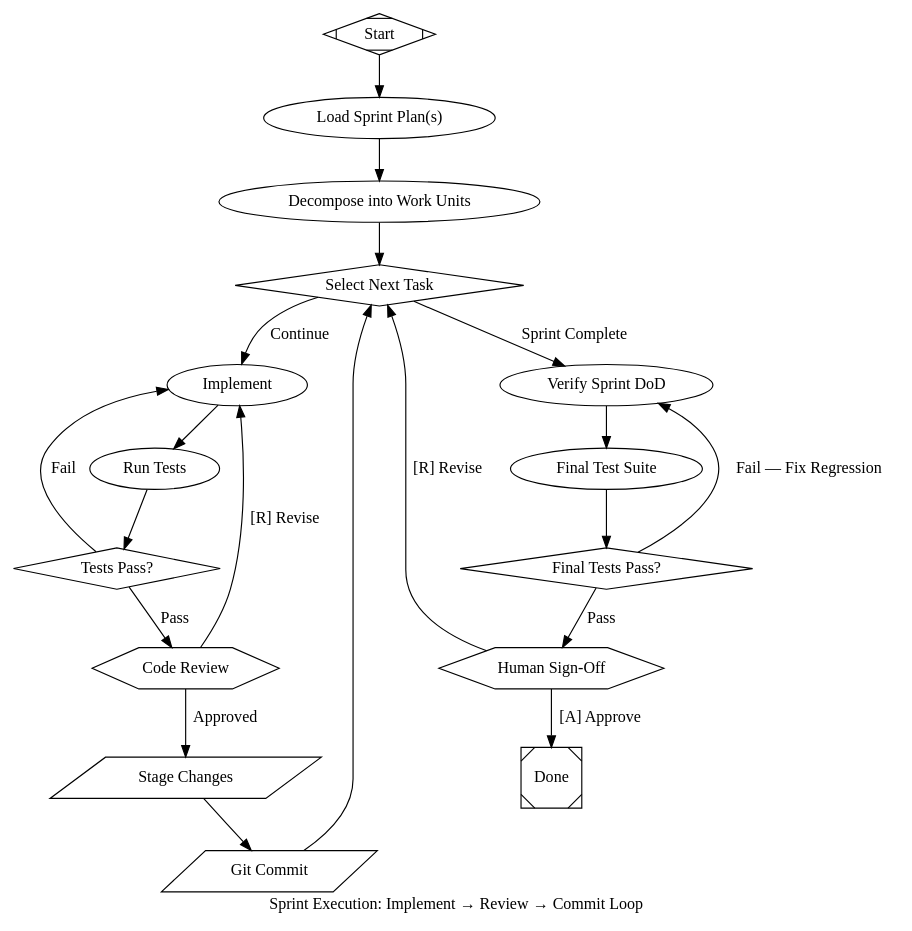
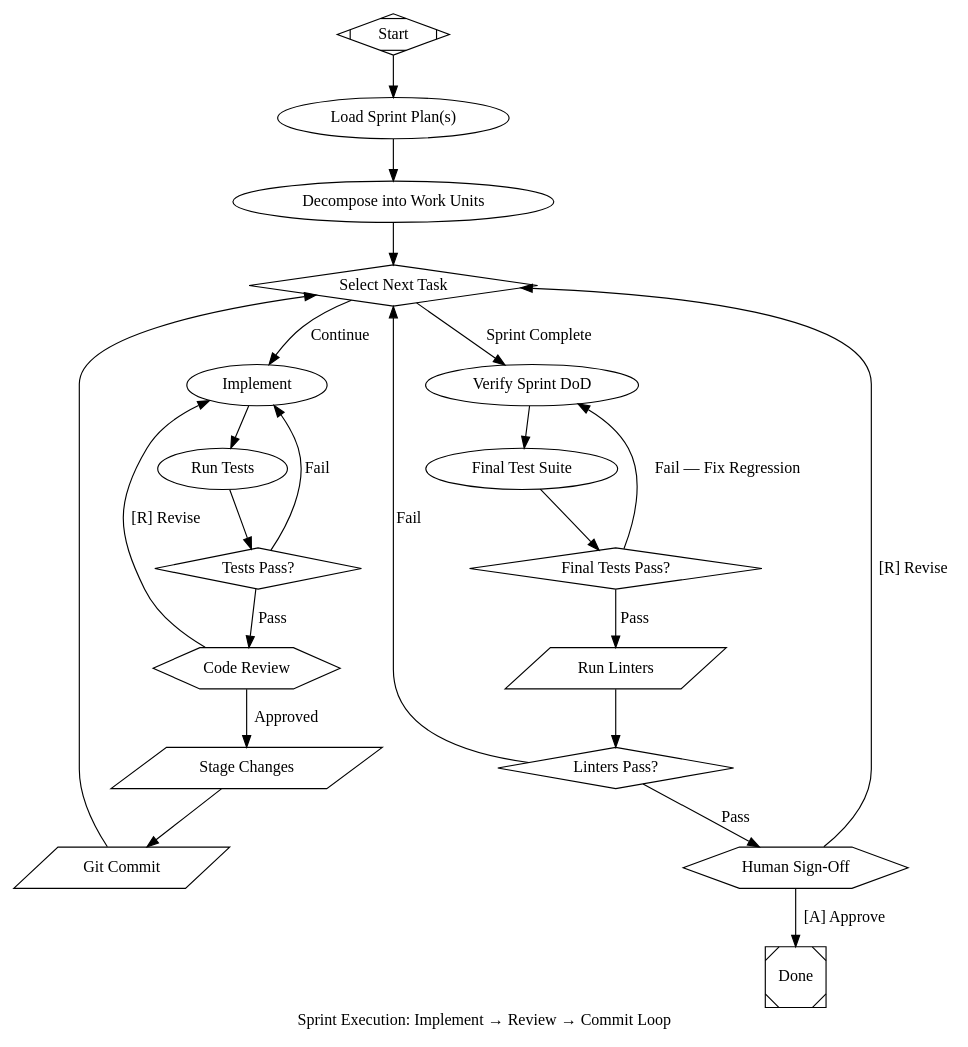
The diagram in attractor/src/main/resources/pipelines/sprint-execution.dot (bencivjan/attractor-scala), drawn with Graphviz before and after one commit.

Commit message:
Add linter verification stage to sprint-execution pipeline
After final tests pass, run `make golangci-lint` to verify code
formatting before human sign-off. On lint failure, loop back to
select_next_task so the agent can fix the issues.

```diff
--- a/attractor/src/main/resources/pipelines/sprint-execution.dot
+++ b/attractor/src/main/resources/pipelines/sprint-execution.dot
@@ -1,166 +1,186 @@
 // Sprint Execution: Implement -> Review -> Commit Loop
 //
 // Executes sprint plans as a task-by-task loop. Each task is implemented,
 // tested, reviewed, and committed before moving to the next. After all
 // tasks complete, a final test suite and human sign-off gate verify the
 // sprint as a whole.
 //
 // Loops:
 //   - Inner loop: Select Task -> Implement -> Test -> Review -> Commit
 //   - Regression loop: Final Tests fail -> Fix Regression -> Re-verify
+//   - Linter loop: Linters fail -> back to Select Task to fix lint issues
 //
 // Gates:
 //   - Code Review    [R] — human reviews each task before commit
 //   - Human Sign-Off [A] — human approves the completed sprint
 
 digraph sprint_execution {
     label = "Sprint Execution: Implement → Review → Commit Loop"
     rankdir = TB
 
     // -------------------------------------------------------------------
     // Start
     // -------------------------------------------------------------------
     start [shape=Mdiamond, label="Start"]
 
     // -------------------------------------------------------------------
     // Phase 1 — Load and Decompose
     //
     // Load the sprint plan(s) and break them into individual work units
     // that can be implemented and committed one at a time.
     // -------------------------------------------------------------------
     load_plans [
         label = "Load Sprint Plan(s)"
     ]
 
     decompose [
         label = "Decompose into Work Units"
     ]
 
     // -------------------------------------------------------------------
     // Task Selection Gate
     //
     // Conditional: picks the next task if work remains, or moves to
     // sprint-level verification once all tasks are complete.
     // -------------------------------------------------------------------
     select_next_task [
         shape = "diamond"
         type  = "conditional"
         label = "Select Next Task"
     ]
 
     // -------------------------------------------------------------------
     // Phase 2 — Implement + Test Loop
     //
     // Write code for the selected task, run tests. On failure, loop
     // back to implementation with revision feedback.
     // -------------------------------------------------------------------
     implement [
         label = "Implement"
     ]
 
     run_tests [
         label = "Run Tests"
     ]
 
     tests_pass [
         shape = "diamond"
         type  = "conditional"
         label = "Tests Pass?"
     ]
 
     // -------------------------------------------------------------------
     // Phase 3 — Code Review + Commit
     //
     // Human review gate. On approval, stage changes and commit.
     // The loop then returns to task selection.
     //
     // PERMISSION: The tool nodes below are explicitly authorized to
     // create git commits. This is intentional — each task produces a
     // focused, reviewable commit before moving to the next task.
     // -------------------------------------------------------------------
     code_review [
         shape     = "hexagon"
         label     = "Code Review"
         goal_gate = "true"
     ]
 
     stage_changes [
         shape        = "parallelogram"
         type         = "tool"
         label        = "Stage Changes"
         tool_command = "git add -A && git diff --cached --stat"
         tool_timeout = "30"
     ]
 
     git_commit [
         shape        = "parallelogram"
         type         = "tool"
         label        = "Git Commit"
         tool_command = "git diff --cached --quiet --exit-code && echo 'Nothing to commit' && exit 0 || git commit -m 'sprint: $goal'"
         tool_timeout = "30"
     ]
 
     // -------------------------------------------------------------------
     // Phase 4 — Sprint Verification
     //
     // After all tasks are done, run the full test suite. On regression
     // failure, loop back to fix. On pass, human sign-off gate.
     // -------------------------------------------------------------------
     verify_sprint_dod [
         label = "Verify Sprint DoD"
     ]
 
     final_test_suite [
         label = "Final Test Suite"
     ]
 
     final_tests_pass [
         shape = "diamond"
         type  = "conditional"
         label = "Final Tests Pass?"
     ]
 
+    run_linters [
+        shape        = "parallelogram"
+        type         = "tool"
+        label        = "Run Linters"
+        tool_command = "make golangci-lint"
+        tool_timeout = "120"
+    ]
+
+    linters_pass [
+        shape = "diamond"
+        type  = "conditional"
+        label = "Linters Pass?"
+    ]
+
     human_sign_off [
         shape     = "hexagon"
         label     = "Human Sign-Off"
         goal_gate = "true"
     ]
 
     // -------------------------------------------------------------------
     // Exit
     // -------------------------------------------------------------------
     done [shape=Msquare, label="Done"]
 
     // -------------------------------------------------------------------
     // Edges
     // -------------------------------------------------------------------
     start     -> load_plans
     load_plans -> decompose
     decompose  -> select_next_task
 
     // Task selection: continue working or move to sprint verification
     select_next_task -> implement         [label="Continue"]
     select_next_task -> verify_sprint_dod [label="Sprint Complete"]
 
     // Implement + test loop
     implement  -> run_tests
     run_tests  -> tests_pass
     tests_pass -> implement              [label="Fail",  loop_restart="true"]
     tests_pass -> code_review            [label="Pass"]
 
     // Review gate: revise loops back to implement, approve proceeds to commit
     code_review          -> implement            [label="[R] Revise", loop_restart="true"]
     code_review          -> stage_changes [label="Approved"]
     stage_changes -> git_commit
     git_commit           -> select_next_task
 
     // Sprint verification
     verify_sprint_dod -> final_test_suite
     final_test_suite  -> final_tests_pass
     final_tests_pass  -> verify_sprint_dod [label="Fail — Fix Regression", loop_restart="true"]
-    final_tests_pass  -> human_sign_off    [label="Pass"]
+    final_tests_pass  -> run_linters       [label="Pass"]
+
+    // Linter verification
+    run_linters   -> linters_pass
+    linters_pass  -> select_next_task [label="Fail", loop_restart="true"]
+    linters_pass  -> human_sign_off   [label="Pass"]
 
     // Final human approval: revise loops back to fix issues, approve completes
     human_sign_off -> select_next_task [label="[R] Revise", loop_restart="true"]
     human_sign_off -> done             [label="[A] Approve"]
 }
```
